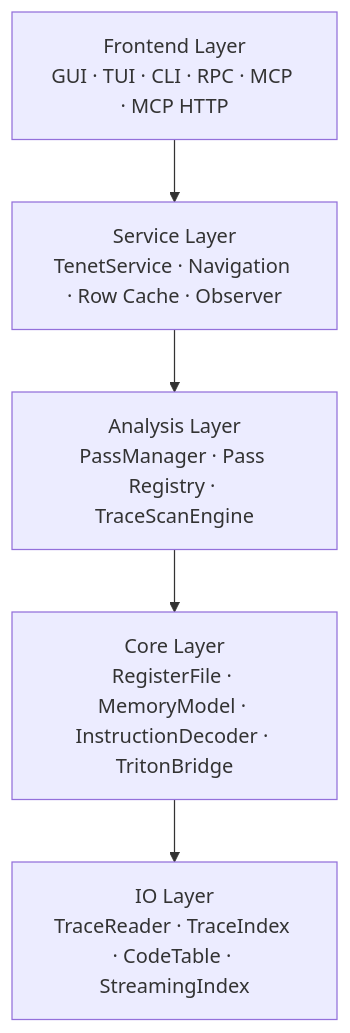
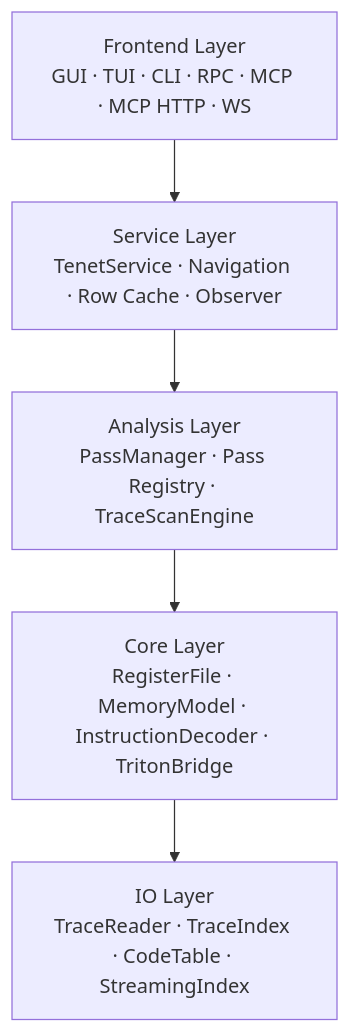
The first of 2 diagrams in slowmo/docs/ARCHITECTURE.md (fuckreverse/retrace), drawn with Mermaid before and after one commit. The commit also changed other lines of this file and 7 other files, not shown here.

First line of the commit message:
feat(ws): complete WS service — analysis handlers, CLI wiring, documentation

````diff
--- a/slowmo/docs/ARCHITECTURE.md
+++ b/slowmo/docs/ARCHITECTURE.md
@@ -11,7 +11,7 @@
 ```mermaid
 flowchart TB
-    UI[Frontend Layer\nGUI · TUI · CLI · RPC · MCP · MCP HTTP] --> SVC[Service Layer\nTenetService · Navigation · Row Cache · Observer]
+    UI[Frontend Layer\nGUI · TUI · CLI · RPC · MCP · MCP HTTP · WS] --> SVC[Service Layer\nTenetService · Navigation · Row Cache · Observer]
     SVC --> ANA[Analysis Layer\nPassManager · Pass Registry · TraceScanEngine]
     ANA --> CORE[Core Layer\nRegisterFile · MemoryModel · InstructionDecoder · TritonBridge]
     CORE --> IO[IO Layer\nTraceReader · TraceIndex · CodeTable · StreamingIndex]
 ```
````
